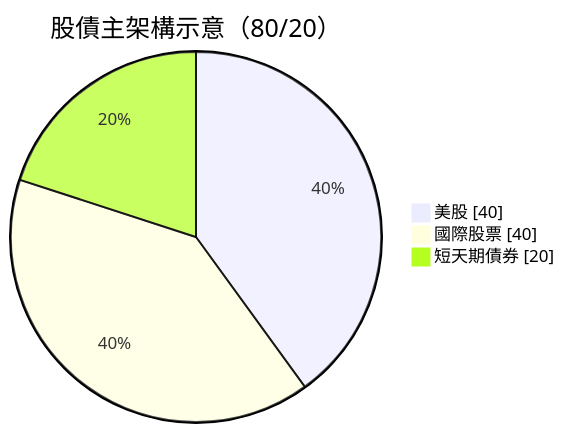
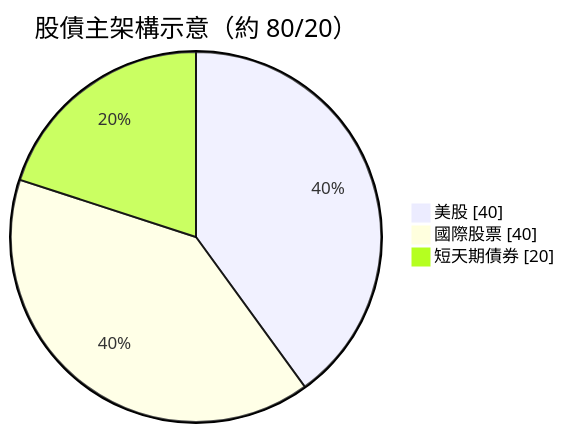
One commit to shooter2062424/Knowledge changed the first of 2 diagrams in investing/just-keep-buying-nick-maggiulli.md. Above: the diagram before and after it, drawn with Mermaid. The commit also changed other lines of this file and 1 other file, not shown here.

````diff
--- a/investing/just-keep-buying-nick-maggiulli.md
+++ b/investing/just-keep-buying-nick-maggiulli.md
@@ -73,7 +147,7 @@
 ```mermaid
 pie showData
-    title 股債主架構示意（80/20）
+    title 股債主架構示意（約 80/20）
     "美股" : 40
     "國際股票" : 40
     "短天期債券" : 20
 ```
````
